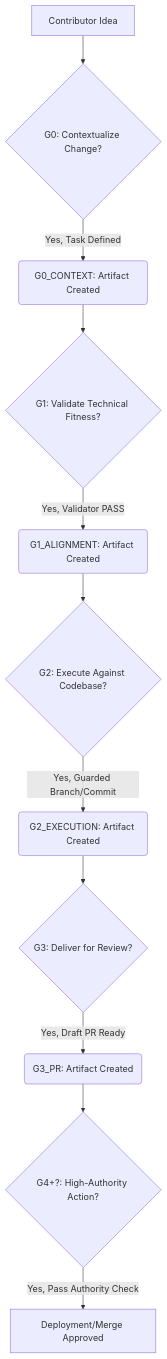
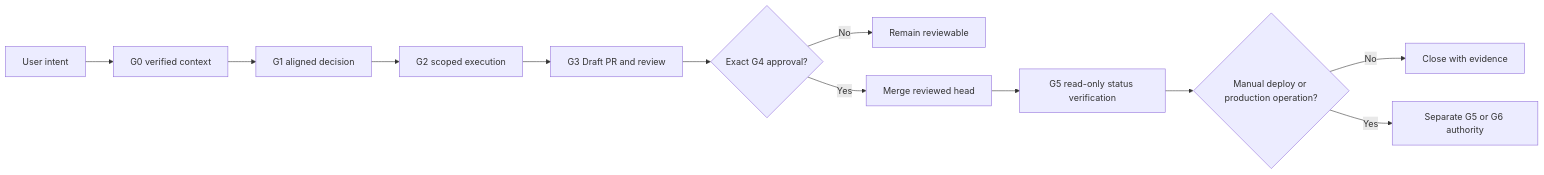
The diagram in GWC_Project_Overview.md (nhatnguyenquang1838-coder/gwc), drawn with Mermaid before and after one commit. The commit also changed other lines of this file, not shown here.

````diff
--- a/GWC_Project_Overview.md
+++ b/GWC_Project_Overview.md
@@ -25,13 +22,14 @@
 ```mermaid
-graph TD
-    A[Contributor Idea] --> B{G0: Contextualize Change?};
-    B -- Yes, Task Defined --> C(G0_CONTEXT: Artifact Created);
-    C --> D{G1: Validate Technical Fitness?};
-    D -- Yes, Validator PASS --> E(G1_ALIGNMENT: Artifact Created);
-    E --> F{G2: Execute Against Codebase?};
-    F -- Yes, Guarded Branch/Commit --> G(G2_EXECUTION: Artifact Created);
-    G --> H{G3: Deliver for Review?};
-    H -- Yes, Draft PR Ready --> I(G3_PR: Artifact Created);
-    I --> J{G4+?: High-Authority Action?};
-    J -- Yes, Pass Authority Check --> K[Deployment/Merge Approved];
+flowchart LR
+  I[User intent] --> C[G0 verified context]
+  C --> A[G1 aligned decision]
+  A --> E[G2 scoped execution]
+  E --> P[G3 Draft PR and review]
+  P --> M{Exact G4 approval?}
+  M -- No --> R[Remain reviewable]
+  M -- Yes --> G[Merge reviewed head]
+  G --> S[G5 read-only status verification]
+  S --> X{Manual deploy or production operation?}
+  X -- No --> D[Close with evidence]
+  X -- Yes --> H[Separate G5 or G6 authority]
 ```
````
